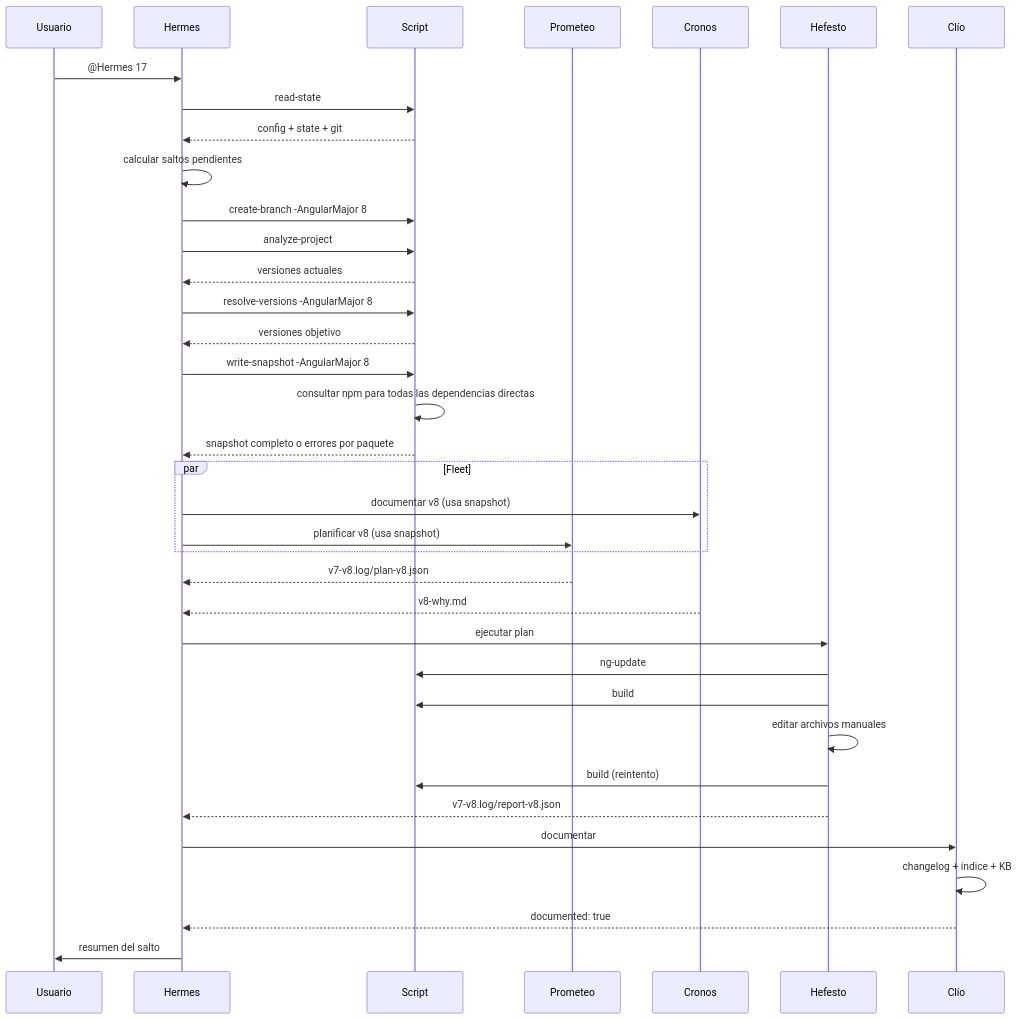
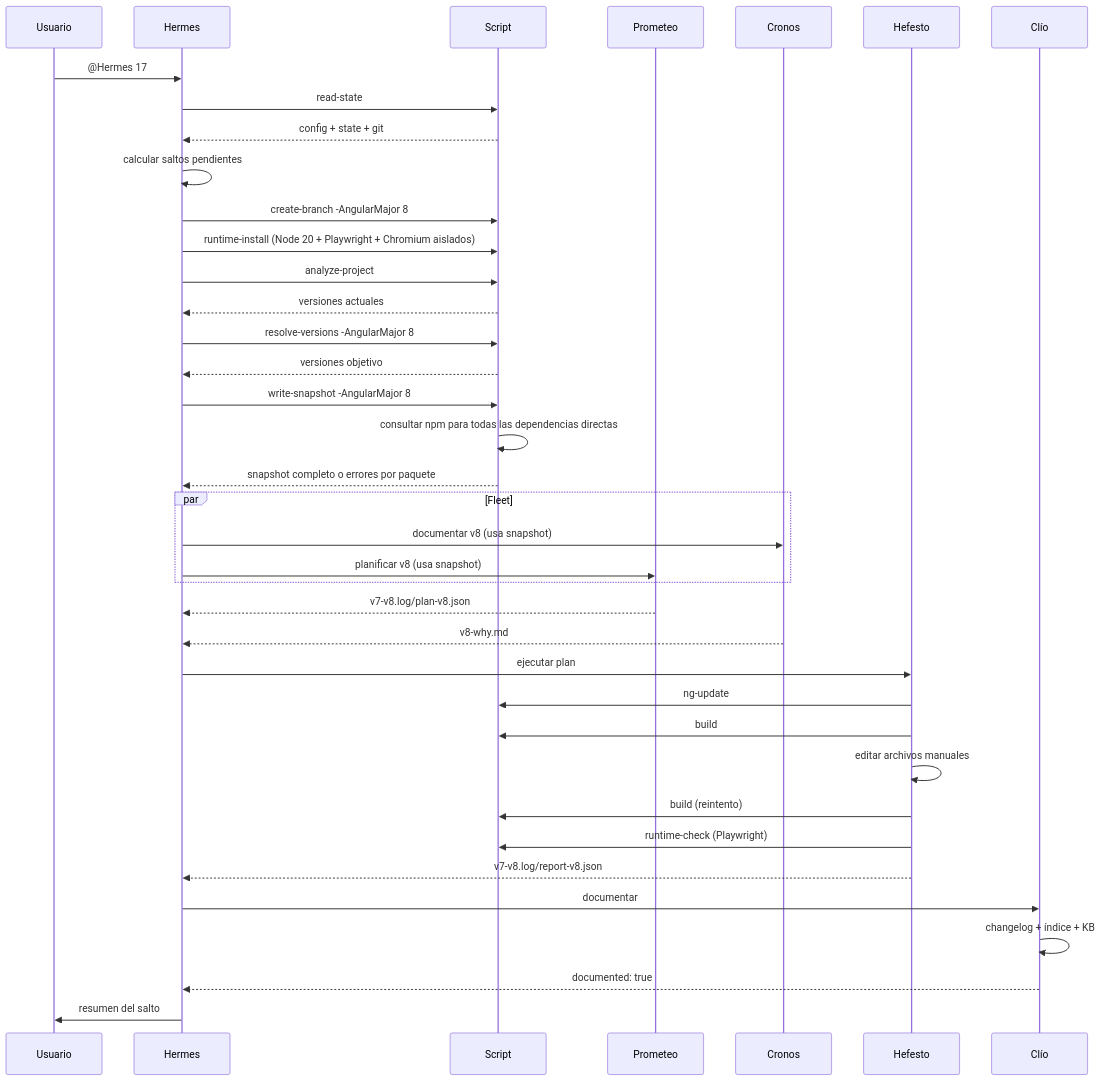
One commit to sjashan513/angular-migration-plugin changed the second of 2 diagrams in docs/v2-plan.md. Above: the diagram before and after it, drawn with Mermaid. The commit also changed other lines of this file and 9 other files, not shown here.

Commit message:
feat(runtime): aislar Playwright y preparar Node moderno automáticamente

````diff
--- a/docs/v2-plan.md
+++ b/docs/v2-plan.md
@@ -87,44 +89,46 @@
 ```mermaid
 sequenceDiagram
     participant U as Usuario
     participant H as Hermes
     participant S as Script
     participant P as Prometeo
     participant C as Cronos
     participant HE as Hefesto
     participant CL as Clío
 
     U->>H: @Hermes 17
     H->>S: read-state
     S-->>H: config + state + git
     H->>H: calcular saltos pendientes
     H->>S: create-branch -AngularMajor 8
+    H->>S: runtime-install (Node 20 + Playwright + Chromium aislados)
     H->>S: analyze-project
     S-->>H: versiones actuales
     H->>S: resolve-versions -AngularMajor 8
     S-->>H: versiones objetivo
     H->>S: write-snapshot -AngularMajor 8
     S->>S: consultar npm para todas las dependencias directas
     S-->>H: snapshot completo o errores por paquete
 
     par Fleet
         H->>C: documentar v8 (usa snapshot)
         H->>P: planificar v8 (usa snapshot)
     end
 
     P-->>H: v7-v8.log/plan-v8.json
     C-->>H: v8-why.md
 
     H->>HE: ejecutar plan
     HE->>S: ng-update
     HE->>S: build
     HE->>HE: editar archivos manuales
     HE->>S: build (reintento)
+    HE->>S: runtime-check (Playwright)
     HE-->>H: v7-v8.log/report-v8.json
 
     H->>CL: documentar
     CL->>CL: changelog + índice + KB
     CL-->>H: documented: true
 
     H->>U: resumen del salto
 ```
````
